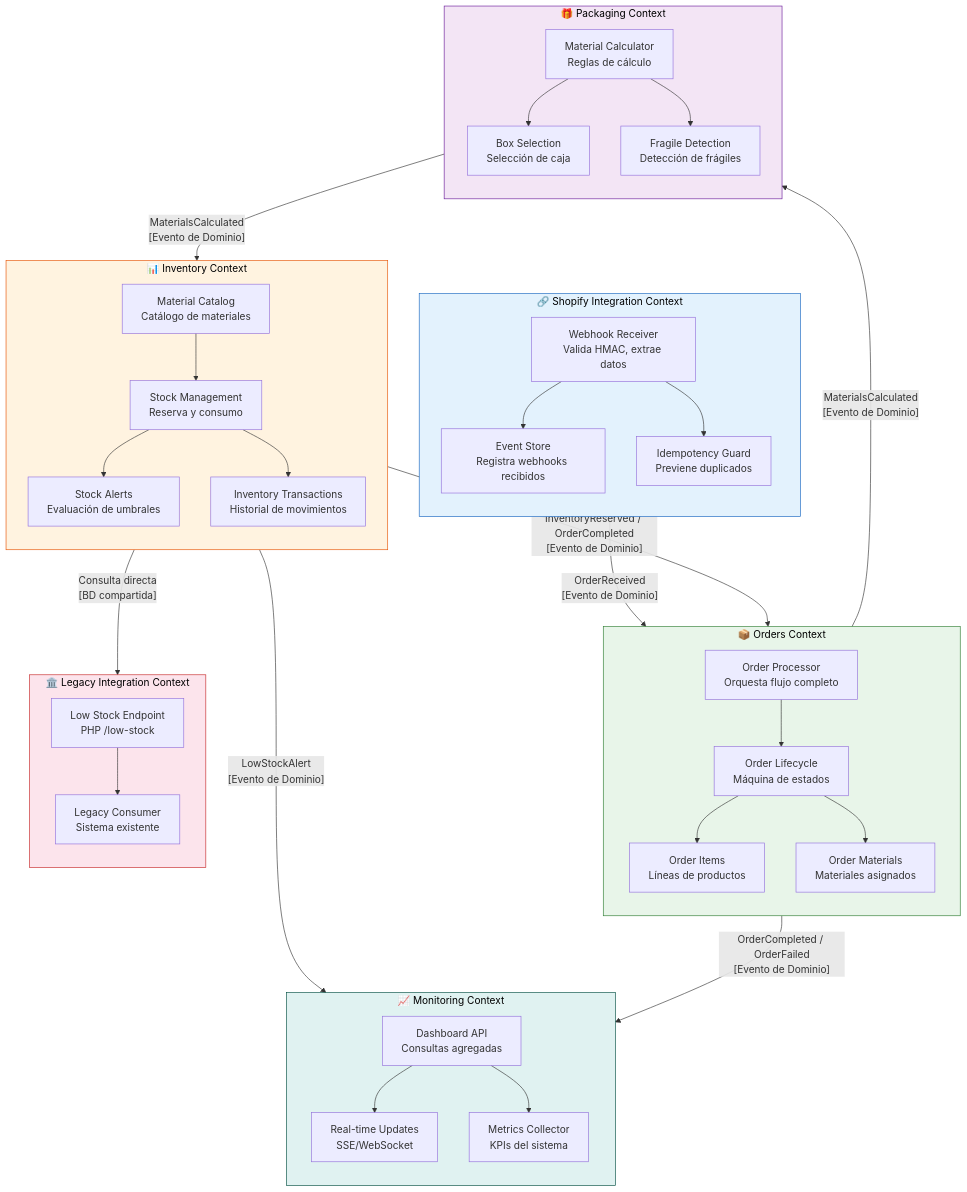
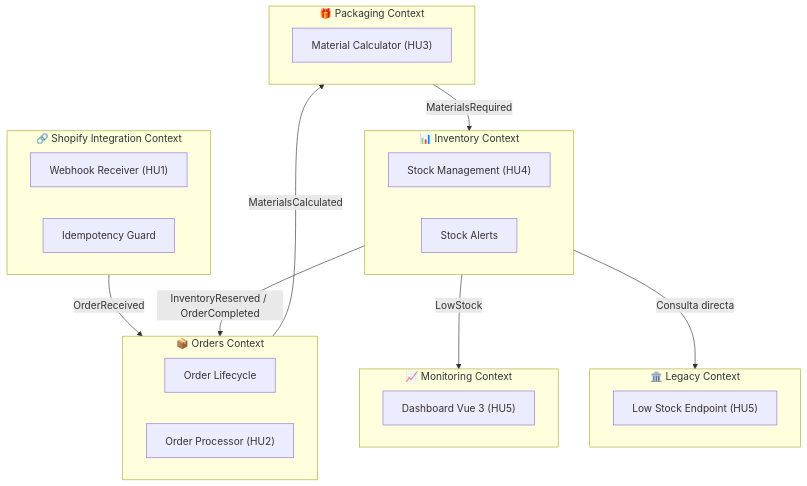
Before and after one commit to cloudfly2026-byte/sistema-ordenes-ddd: the ninth of 9 diagrams in docs/architecture.md, drawn with Mermaid. The commit also changed other lines of this file and 77 other files, not shown here.

````diff
--- a/docs/architecture.md
+++ b/docs/architecture.md
@@ -1011,75 +685,36 @@
 ```mermaid
 flowchart TB
     subgraph SHOPIFY_INTEGRATION["🔗 Shopify Integration Context"]
-        direction TB
-        S1["Webhook Receiver<br/>Valida HMAC, extrae datos"]
-        S2["Event Store<br/>Registra webhooks recibidos"]
-        S3["Idempotency Guard<br/>Previene duplicados"]
-        S1 --> S2
-        S1 --> S3
+        S1["Webhook Receiver (HU1)"]
+        S2["Idempotency Guard"]
     end
 
     subgraph ORDERS["📦 Orders Context"]
-        direction TB
-        O1["Order Lifecycle<br/>Máquina de estados"]
-        O2["Order Items<br/>Líneas de productos"]
-        O3["Order Materials<br/>Materiales asignados"]
-        O4["Order Processor<br/>Orquesta flujo completo"]
-        O1 --> O2
-        O1 --> O3
-        O4 --> O1
+        O1["Order Lifecycle"]
+        O2["Order Processor (HU2)"]
     end
 
     subgraph INVENTORY["📊 Inventory Context"]
-        direction TB
-        I1["Material Catalog<br/>Catálogo de materiales"]
-        I2["Stock Management<br/>Reserva y consumo"]
-        I3["Stock Alerts<br/>Evaluación de umbrales"]
-        I4["Inventory Transactions<br/>Historial de movimientos"]
-        I1 --> I2
-        I2 --> I3
-        I2 --> I4
+        I1["Stock Management (HU4)"]
+        I2["Stock Alerts"]
     end
 
     subgraph PACKAGING["🎁 Packaging Context"]
-        direction TB
-        P1["Material Calculator<br/>Reglas de cálculo"]
-        P2["Box Selection<br/>Selección de caja"]
-        P3["Fragile Detection<br/>Detección de frágiles"]
-        P1 --> P2
-        P1 --> P3
+        P1["Material Calculator (HU3)"]
     end
 
-    subgraph LEGACY["🏛️ Legacy Integration Context"]
-        direction TB
-        L1["Low Stock Endpoint<br/>PHP /low-stock"]
-        L2["Legacy Consumer<br/>Sistema existente"]
-        L1 --> L2
+    subgraph LEGACY["🏛️ Legacy Context"]
+        L1["Low Stock Endpoint (HU5)"]
     end
 
     subgraph MONITORING["📈 Monitoring Context"]
-        direction TB
-        M1["Dashboard API<br/>Consultas agregadas"]
-        M2["Real-time Updates<br/>SSE/WebSocket"]
-        M3["Metrics Collector<br/>KPIs del sistema"]
-        M1 --> M2
-        M1 --> M3
+        M1["Dashboard Vue 3 (HU5)"]
     end
 
-    %% Relaciones entre contextos
-    SHOPIFY_INTEGRATION -->|"OrderReceived<br/>[Evento de Dominio]"| ORDERS
-    ORDERS -->|"MaterialsCalculated<br/>[Evento de Dominio]"| PACKAGING
-    PACKAGING -->|"MaterialsCalculated<br/>[Evento de Dominio]"| INVENTORY
-    INVENTORY -->|"InventoryReserved / OrderCompleted<br/>[Evento de Dominio]"| ORDERS
-    INVENTORY -->|"LowStockAlert<br/>[Evento de Dominio]"| MONITORING
-    ORDERS -->|"OrderCompleted / OrderFailed<br/>[Evento de Dominio]"| MONITORING
-    INVENTORY -->|"Consulta directa<br/>[BD compartida]"| LEGACY
-
-    %% Estilos
-    style SHOPIFY_INTEGRATION fill:#e3f2fd,stroke:#1565c0,color:#000
-    style ORDERS fill:#e8f5e9,stroke:#2e7d32,color:#000
-    style INVENTORY fill:#fff3e0,stroke:#e65100,color:#000
-    style PACKAGING fill:#f3e5f5,stroke:#6a1b9a,color:#000
-    style LEGACY fill:#fce4ec,stroke:#c62828,color:#000
-    style MONITORING fill:#e0f2f1,stroke:#004d40,color:#000
+    SHOPIFY_INTEGRATION -->|"OrderReceived"| ORDERS
+    ORDERS -->|"MaterialsCalculated"| PACKAGING
+    PACKAGING -->|"MaterialsRequired"| INVENTORY
+    INVENTORY -->|"InventoryReserved / OrderCompleted"| ORDERS
+    INVENTORY -->|"LowStock"| MONITORING
+    INVENTORY -->|"Consulta directa"| LEGACY
 ```
````
